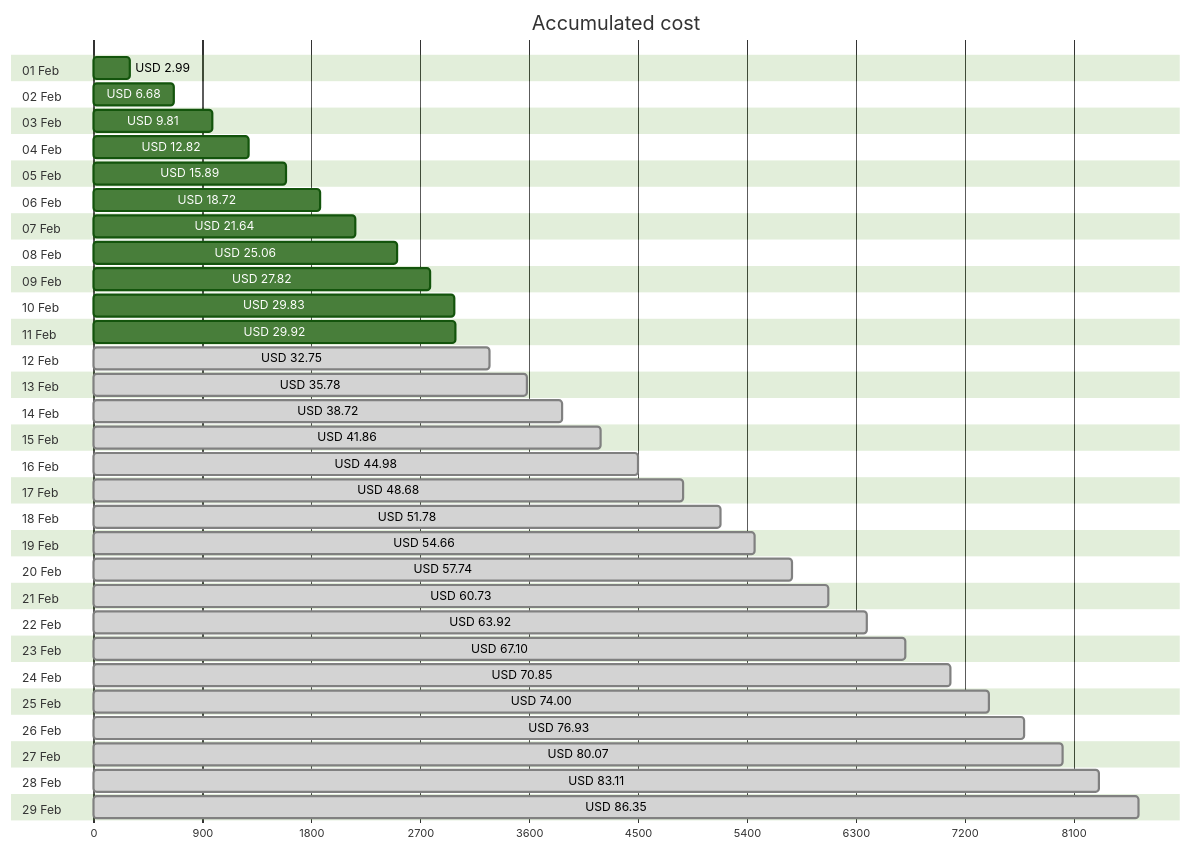
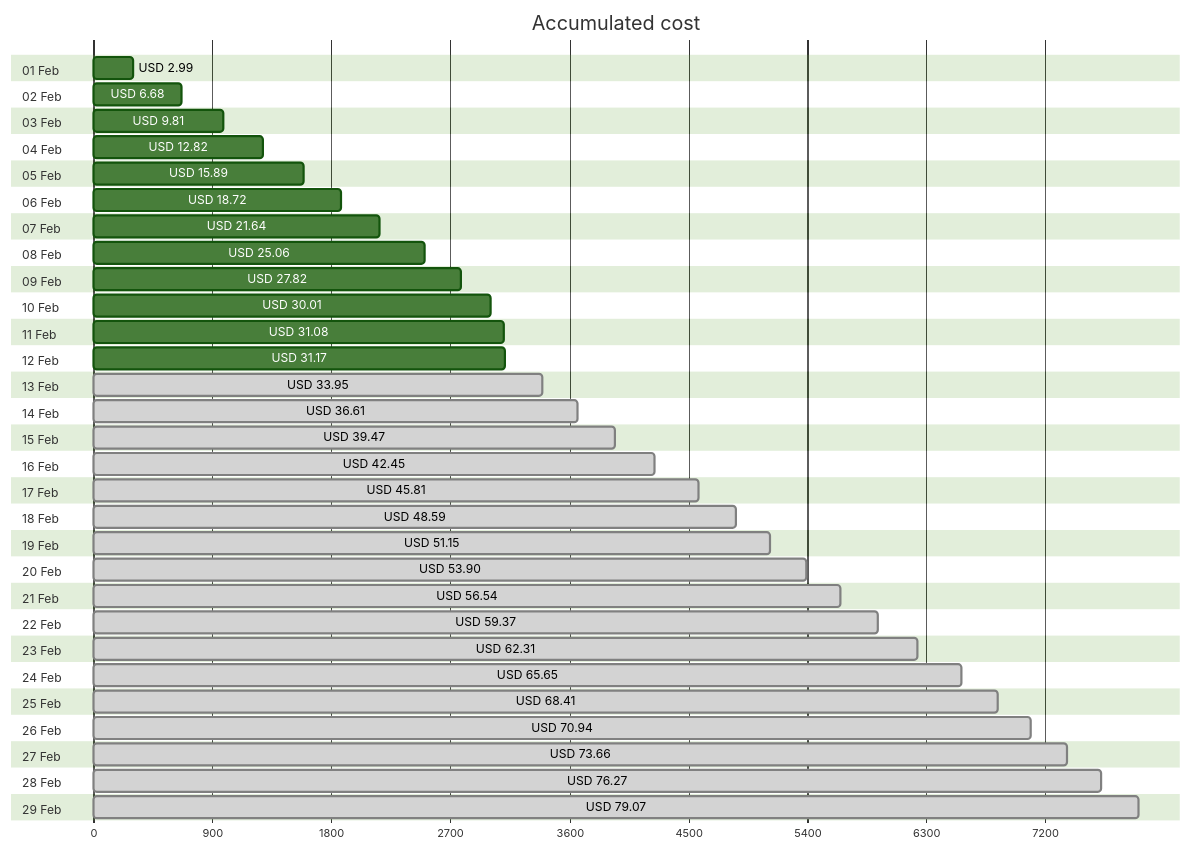
The first of 4 diagrams in cost-reports/accumulated-cost.md (jpfulton/azure-personal-reports), drawn with Mermaid (forest theme) before and after one commit. The commit also changed other lines of this file and 4 other files, not shown here.

````diff
--- a/cost-reports/accumulated-cost.md
+++ b/cost-reports/accumulated-cost.md
@@ -20,64 +20,64 @@
 ```mermaid
 gantt
    title Accumulated cost
    dateFormat  X
    axisFormat %s
    section 01 Feb
    USD 2.99 :0, 299
    section 02 Feb
    USD 6.68 :0, 668
    section 03 Feb
    USD 9.81 :0, 981
    section 04 Feb
    USD 12.82 :0, 1282
    section 05 Feb
    USD 15.89 :0, 1589
    section 06 Feb
    USD 18.72 :0, 1872
    section 07 Feb
    USD 21.64 :0, 2164
    section 08 Feb
    USD 25.06 :0, 2506
    section 09 Feb
    USD 27.82 :0, 2782
    section 10 Feb
-   USD 29.83 :0, 2983
+   USD 30.01 :0, 3001
    section 11 Feb
-   USD 29.92 :0, 2992
+   USD 31.08 :0, 3108
    section 12 Feb
-   USD 32.75 : done, 0, 3275
+   USD 31.17 :0, 3117
    section 13 Feb
-   USD 35.78 : done, 0, 3578
+   USD 33.95 : done, 0, 3395
    section 14 Feb
-   USD 38.72 : done, 0, 3872
+   USD 36.61 : done, 0, 3661
    section 15 Feb
-   USD 41.86 : done, 0, 4186
+   USD 39.47 : done, 0, 3947
    section 16 Feb
-   USD 44.98 : done, 0, 4498
+   USD 42.45 : done, 0, 4245
    section 17 Feb
-   USD 48.68 : done, 0, 4868
+   USD 45.81 : done, 0, 4581
    section 18 Feb
-   USD 51.78 : done, 0, 5178
+   USD 48.59 : done, 0, 4859
    section 19 Feb
-   USD 54.66 : done, 0, 5466
+   USD 51.15 : done, 0, 5115
    section 20 Feb
-   USD 57.74 : done, 0, 5774
+   USD 53.90 : done, 0, 5390
    section 21 Feb
-   USD 60.73 : done, 0, 6073
+   USD 56.54 : done, 0, 5654
    section 22 Feb
-   USD 63.92 : done, 0, 6392
+   USD 59.37 : done, 0, 5937
    section 23 Feb
-   USD 67.10 : done, 0, 6710
+   USD 62.31 : done, 0, 6231
    section 24 Feb
-   USD 70.85 : done, 0, 7085
+   USD 65.65 : done, 0, 6565
    section 25 Feb
-   USD 74.00 : done, 0, 7400
+   USD 68.41 : done, 0, 6841
    section 26 Feb
-   USD 76.93 : done, 0, 7693
+   USD 70.94 : done, 0, 7094
    section 27 Feb
-   USD 80.07 : done, 0, 8007
+   USD 73.66 : done, 0, 7366
    section 28 Feb
-   USD 83.11 : done, 0, 8311
+   USD 76.27 : done, 0, 7627
    section 29 Feb
-   USD 86.35 : done, 0, 8635
+   USD 79.07 : done, 0, 7907
 ```
````
